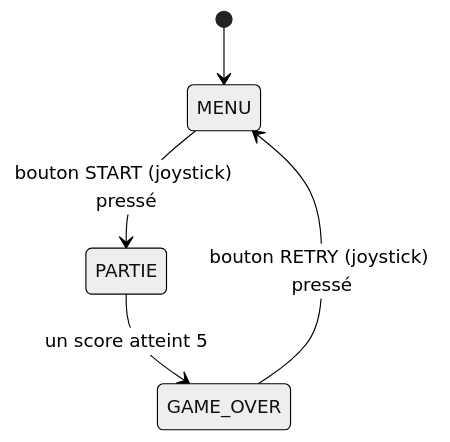
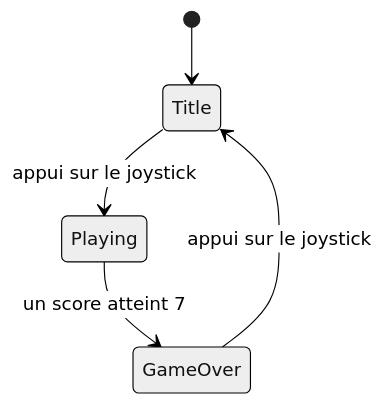
The second of 2 diagrams in _workshops/microcontroleur/tutorials/collisions-fsm-pong.md (Makerspace-Amiens/doc.makerspace-amiens.fr), drawn with Mermaid (neutral theme) before and after one commit. The commit also changed other lines of this file and 5 other files, not shown here.

````diff
--- a/_workshops/microcontroleur/tutorials/collisions-fsm-pong.md
+++ b/_workshops/microcontroleur/tutorials/collisions-fsm-pong.md
@@ -147,7 +337,7 @@
 ```mermaid
 stateDiagram-v2
-  [*] --> MENU
-  MENU --> PARTIE : bouton START (joystick) pressé
-  PARTIE --> GAME_OVER : un score atteint 5
-  GAME_OVER --> MENU : bouton RETRY (joystick) pressé
+  [*] --> Title
+  Title --> Playing : appui sur le joystick
+  Playing --> GameOver : un score atteint 7
+  GameOver --> Title : appui sur le joystick
 ```
````
